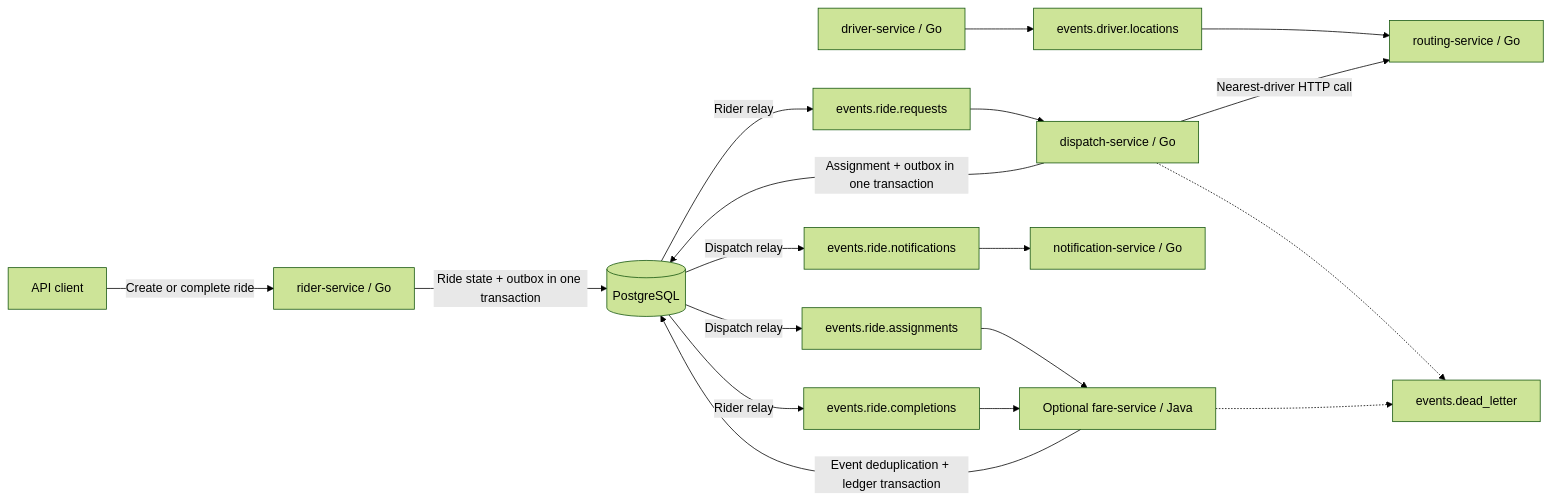
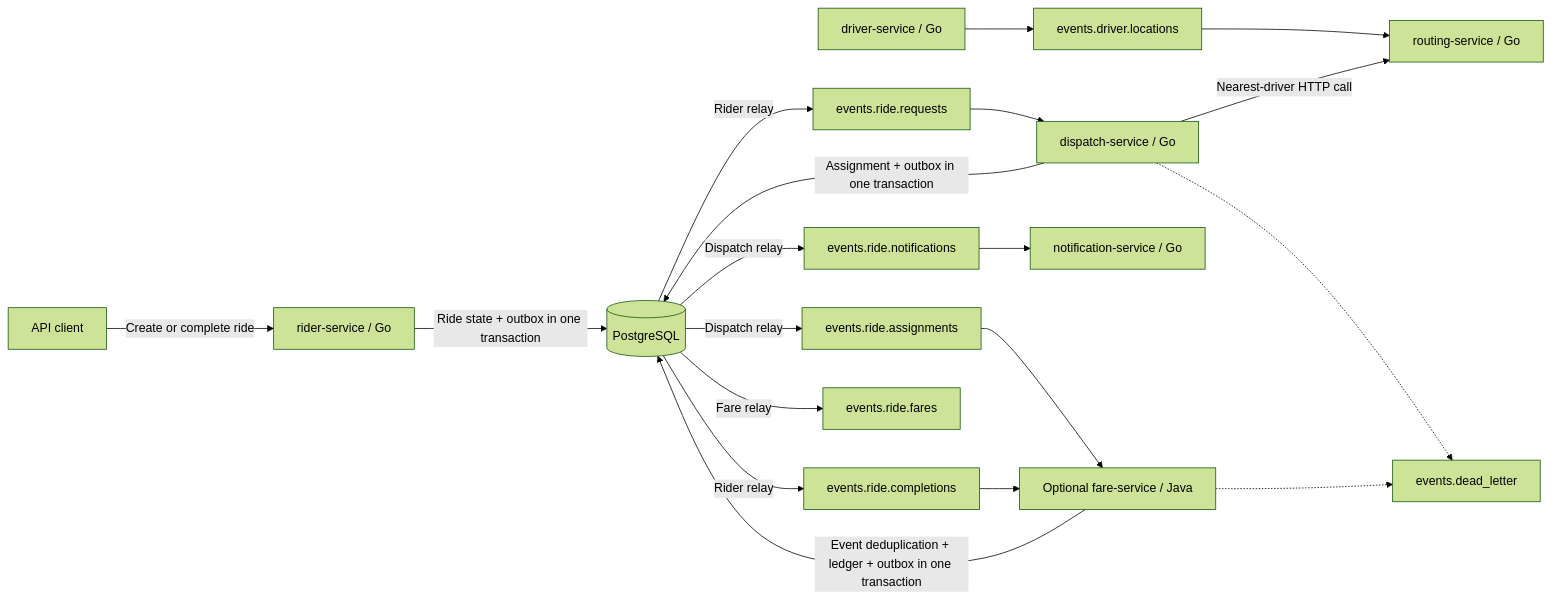
Before and after one commit to 96528025/MetroRide: the diagram in README.md, drawn with Mermaid (forest theme). The commit also changed other lines of this file and 27 other files, not shown here.

First line of the commit message:
feat: publish fare_settled through a transactional outbox in the fare schema

````diff
--- a/README.md
+++ b/README.md
@@ -67,20 +67,21 @@
 ```mermaid
 flowchart LR
     C[API client] -->|Create or complete ride| Rider[rider-service / Go]
     Rider -->|Ride state + outbox in one transaction| DB[(PostgreSQL)]
     DB -->|Rider relay| Requests[events.ride.requests]
     Requests --> Dispatch[dispatch-service / Go]
     Driver[driver-service / Go] --> Locations[events.driver.locations]
     Locations --> Routing[routing-service / Go]
     Dispatch -->|Nearest-driver HTTP call| Routing
     Dispatch -->|Assignment + outbox in one transaction| DB
     DB -->|Dispatch relay| Assignments[events.ride.assignments]
     DB -->|Dispatch relay| Notifications[events.ride.notifications]
     Notifications --> Notify[notification-service / Go]
     DB -->|Rider relay| Completions[events.ride.completions]
     Assignments --> Fare[Optional fare-service / Java]
     Completions --> Fare
-    Fare -->|Event deduplication + ledger transaction| DB
+    Fare -->|Event deduplication + ledger + outbox in one transaction| DB
+    DB -->|Fare relay| Fares[events.ride.fares]
     Dispatch -.-> DLQ[events.dead_letter]
     Fare -.-> DLQ
 ```
````
